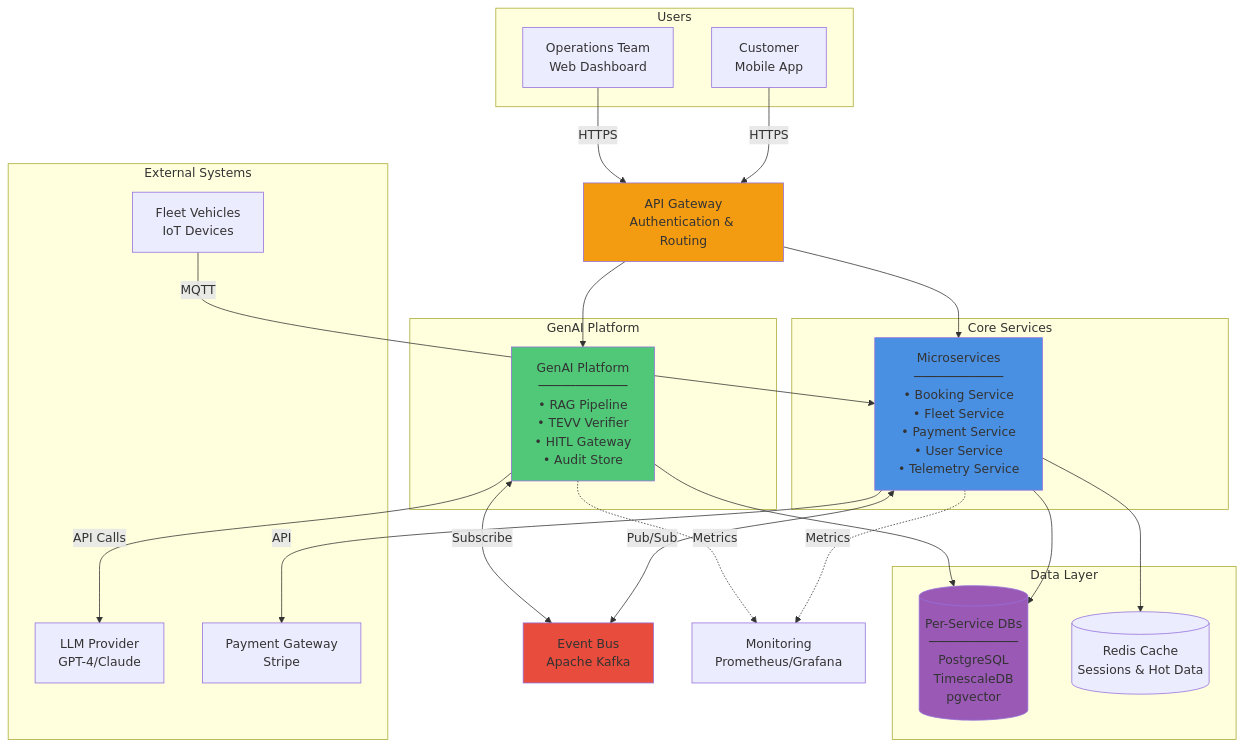
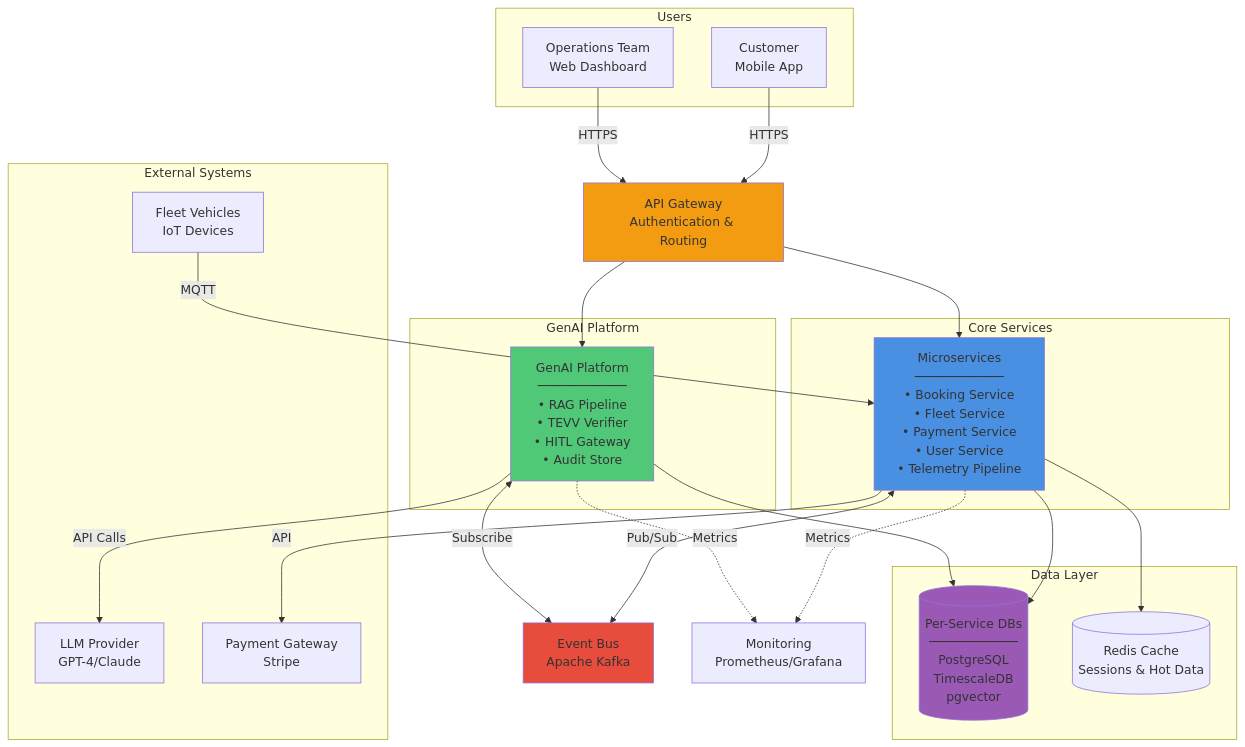
One commit to vanderleisilva/uncacheable changed the diagram in resources/diagrams/container/container-diagram.md. Above: the diagram before and after it, drawn with Mermaid. The commit also changed 2 other files, not shown here.

Commit message:
Update nomenclature to Telemetry Pipeline

````diff
--- a/resources/diagrams/container/container-diagram.md
+++ b/resources/diagrams/container/container-diagram.md
@@ -44,57 +44,57 @@
 ```mermaid
 graph TB
     subgraph "Users"
         Customer[Customer<br/>Mobile App]
         OpsTeam[Operations Team<br/>Web Dashboard]
     end
 
     subgraph "External Systems"
         Vehicles[Fleet Vehicles<br/>IoT Devices]
         LLM[LLM Provider<br/>GPT-4/Claude]
         PaymentGW[Payment Gateway<br/>Stripe]
     end
 
     APIGateway[API Gateway<br/>Authentication & Routing]
 
     subgraph "Core Services"
-        CoreServices["Microservices<br/>────────────<br/>• Booking Service<br/>• Fleet Service<br/>• Payment Service<br/>• User Service<br/>• Telemetry Service"]
+        CoreServices["Microservices<br/>────────────<br/>• Booking Service<br/>• Fleet Service<br/>• Payment Service<br/>• User Service<br/>• Telemetry Pipeline"]
     end
 
     subgraph "GenAI Platform"
         GenAI["GenAI Platform<br/>────────────<br/>• RAG Pipeline<br/>• TEVV Verifier<br/>• HITL Gateway<br/>• Audit Store"]
     end
 
     EventBus[Event Bus<br/>Apache Kafka]
 
     subgraph "Data Layer"
         Databases[("Per-Service DBs<br/>────────────<br/>PostgreSQL<br/>TimescaleDB<br/>pgvector")]
         Cache[("Redis Cache<br/>Sessions & Hot Data")]
     end
 
     Monitoring[Monitoring<br/>Prometheus/Grafana]
 
     Customer -->|HTTPS| APIGateway
     OpsTeam -->|HTTPS| APIGateway
     Vehicles -->|MQTT| CoreServices
 
     APIGateway --> CoreServices
     APIGateway --> GenAI
 
     CoreServices <-->|Pub/Sub| EventBus
     GenAI <-->|Subscribe| EventBus
     GenAI -->|API Calls| LLM
     CoreServices -->|API| PaymentGW
 
     CoreServices --> Databases
     CoreServices --> Cache
     GenAI --> Databases
 
     CoreServices -.->|Metrics| Monitoring
     GenAI -.->|Metrics| Monitoring
 
     style GenAI fill:#50C878
     style CoreServices fill:#4A90E2
     style Databases fill:#9B59B6
     style APIGateway fill:#F39C12
     style EventBus fill:#E74C3C
 ```
````
